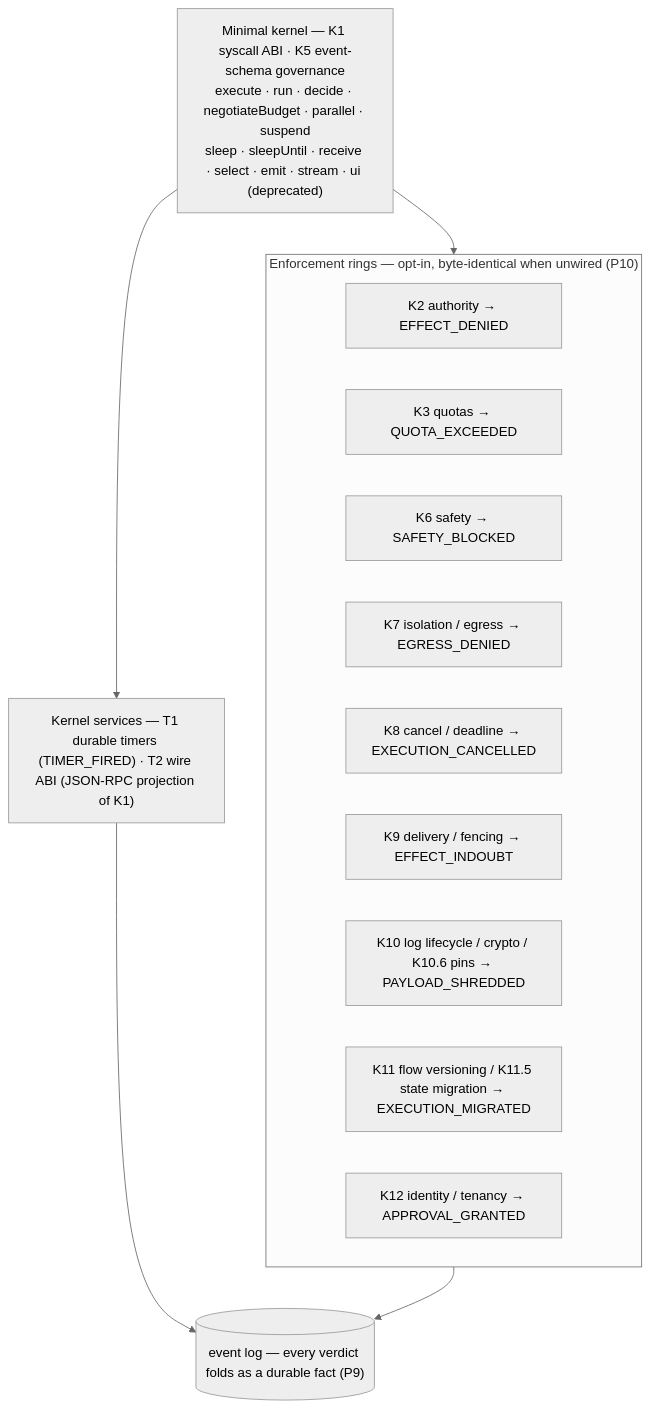
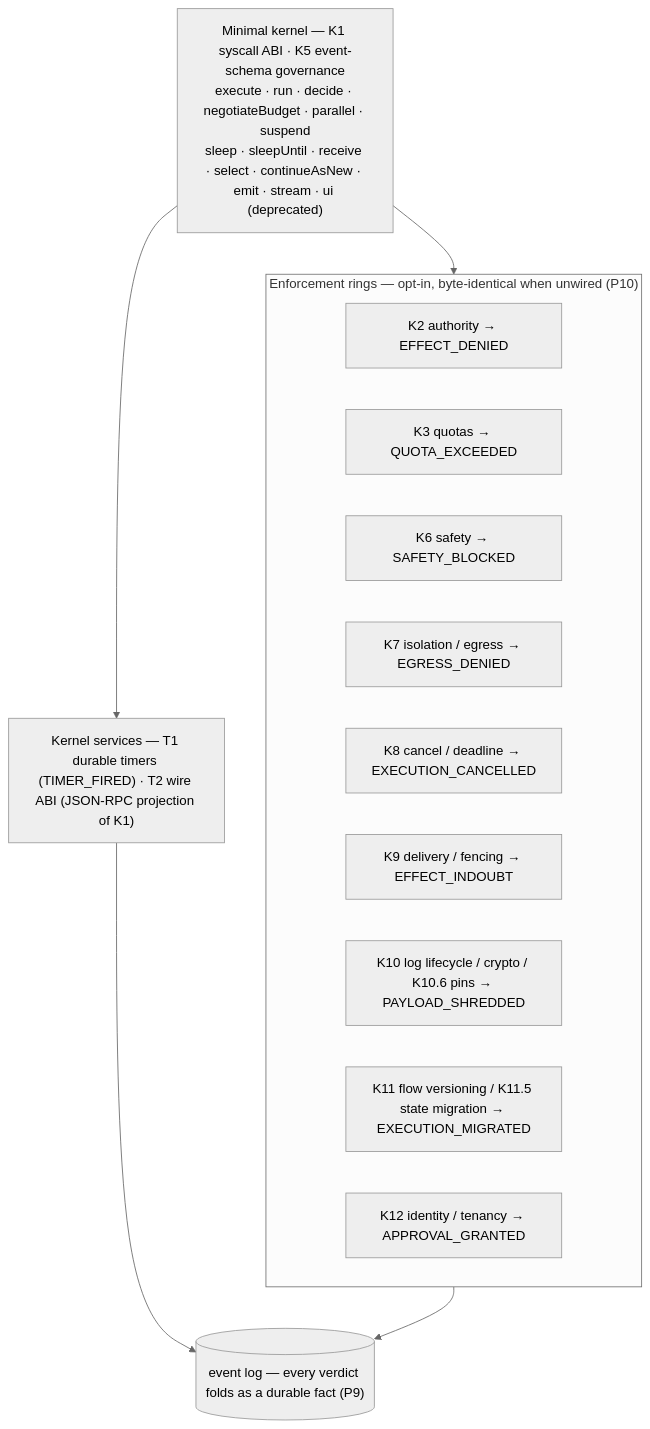
Diagram 11 of 13 in docs/architecture.md (chhetrisushil/loom), drawn with Mermaid (neutral theme) before and after one commit. The commit also changed other lines of this file and 15 other files, not shown here.

````diff
--- a/docs/architecture.md
+++ b/docs/architecture.md
@@ -365,23 +365,23 @@
 ```mermaid
 flowchart TB
-  Sys["Minimal kernel — K1 syscall ABI · K5 event-schema governance<br/>execute · run · decide · negotiateBudget · parallel · suspend<br/>sleep · sleepUntil · receive · select · emit · stream · ui (deprecated)"]
+  Sys["Minimal kernel — K1 syscall ABI · K5 event-schema governance<br/>execute · run · decide · negotiateBudget · parallel · suspend<br/>sleep · sleepUntil · receive · select · continueAsNew · emit · stream · ui (deprecated)"]
 
   subgraph Rings["Enforcement rings — opt-in, byte-identical when unwired (P10)"]
     K2["K2 authority → EFFECT_DENIED"]
     K3["K3 quotas → QUOTA_EXCEEDED"]
     K6["K6 safety → SAFETY_BLOCKED"]
     K7["K7 isolation / egress → EGRESS_DENIED"]
     K8["K8 cancel / deadline → EXECUTION_CANCELLED"]
     K9["K9 delivery / fencing → EFFECT_INDOUBT"]
     K10["K10 log lifecycle / crypto / K10.6 pins → PAYLOAD_SHREDDED"]
     K11["K11 flow versioning / K11.5 state migration → EXECUTION_MIGRATED"]
     K12["K12 identity / tenancy → APPROVAL_GRANTED"]
   end
 
   Svc["Kernel services — T1 durable timers (TIMER_FIRED) · T2 wire ABI (JSON-RPC projection of K1)"]
 
   Sys --> Rings
   Sys --> Svc
   Rings --> Log[("event log — every verdict folds as a durable fact (P9)")]
   Svc --> Log
 ```
````
